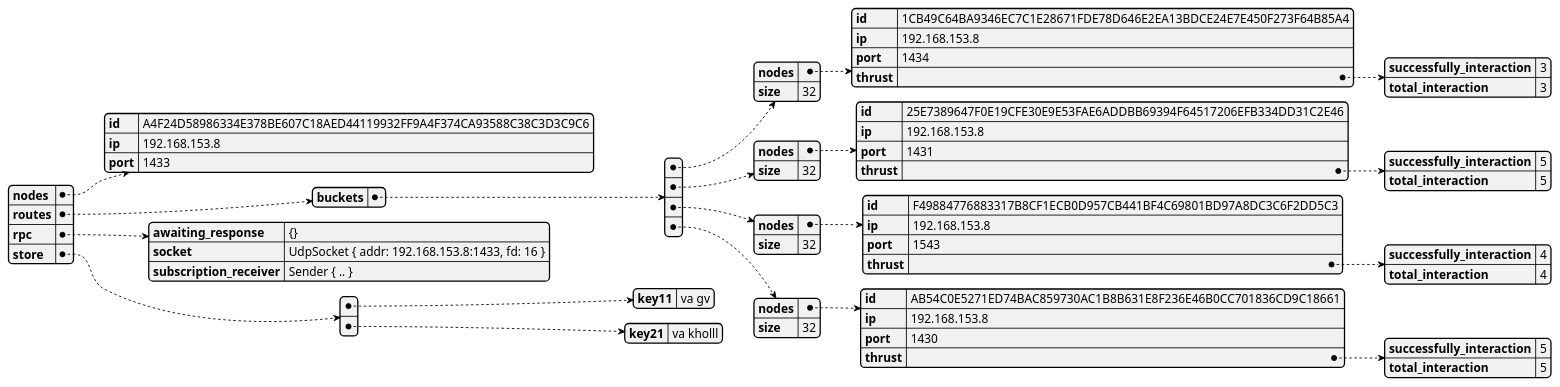
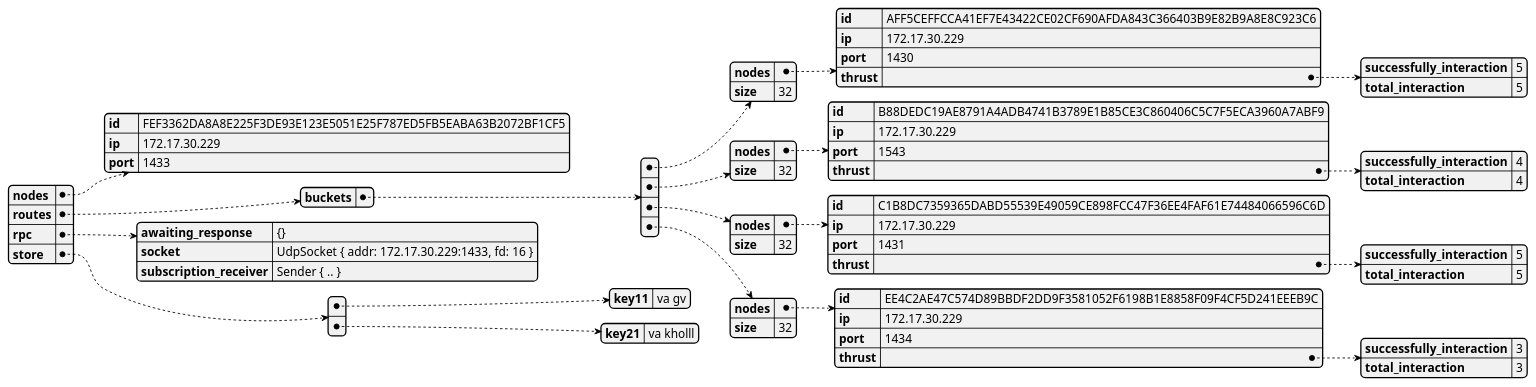
One commit to GoliathHagar/distributed_legder_kademlia changed the diagram in src/distributed_legder/state_dumps/test-contact-3.json.plantuml. Above: the diagram before and after it, drawn with PlantUML. The commit also changed 17 other files, not shown here.

```diff
--- a/src/distributed_legder/state_dumps/test-contact-3.json.plantuml
+++ b/src/distributed_legder/state_dumps/test-contact-3.json.plantuml
@@ -1,3 +1,3 @@
 @startjson
-{"nodes":{"id":"A4F24D58986334E378BE607C18AED44119932FF9A4F374CA93588C38C3D3C9C6","ip":"192.168.153.8","port":1433},"routes":{"buckets":[{"nodes":{"id":"1CB49C64BA9346EC7C1E28671FDE78D646E2EA13BDCE24E7E450F273F64B85A4","ip":"192.168.153.8","port":1434,"thrust":{"successfully_interaction":3,"total_interaction":3}},"size":32},{"nodes":{"id":"25E7389647F0E19CFE30E9E53FAE6ADDBB69394F64517206EFB334DD31C2E46","ip":"192.168.153.8","port":1431,"thrust":{"successfully_interaction":5,"total_interaction":5}},"size":32},{"nodes":{"id":"F49884776883317B8CF1ECB0D957CB441BF4C69801BD97A8DC3C6F2DD5C3","ip":"192.168.153.8","port":1543,"thrust":{"successfully_interaction":4,"total_interaction":4}},"size":32},{"nodes":{"id":"AB54C0E5271ED74BAC859730AC1B8B631E8F236E46B0CC701836CD9C18661","ip":"192.168.153.8","port":1430,"thrust":{"successfully_interaction":5,"total_interaction":5}},"size":32}]},"rpc":{"awaiting_response":"{}","socket":"UdpSocket { addr: 192.168.153.8:1433, fd: 16 }","subscription_receiver":"Sender { .. }"},"store":[{"key11":"va gv"},{"key21":"va kholll"}]}
+{"nodes":{"id":"FEF3362DA8A8E225F3DE93E123E5051E25F787ED5FB5EABA63B2072BF1CF5","ip":"172.17.30.229","port":1433},"routes":{"buckets":[{"nodes":{"id":"AFF5CEFFCCA41EF7E43422CE02CF690AFDA843C366403B9E82B9A8E8C923C6","ip":"172.17.30.229","port":1430,"thrust":{"successfully_interaction":5,"total_interaction":5}},"size":32},{"nodes":{"id":"B88DEDC19AE8791A4ADB4741B3789E1B85CE3C860406C5C7F5ECA3960A7ABF9","ip":"172.17.30.229","port":1543,"thrust":{"successfully_interaction":4,"total_interaction":4}},"size":32},{"nodes":{"id":"C1B8DC7359365DABD55539E49059CE898FCC47F36EE4FAF61E74484066596C6D","ip":"172.17.30.229","port":1431,"thrust":{"successfully_interaction":5,"total_interaction":5}},"size":32},{"nodes":{"id":"EE4C2AE47C574D89BBDF2DD9F3581052F6198B1E8858F09F4CF5D241EEEB9C","ip":"172.17.30.229","port":1434,"thrust":{"successfully_interaction":3,"total_interaction":3}},"size":32}]},"rpc":{"awaiting_response":"{}","socket":"UdpSocket { addr: 172.17.30.229:1433, fd: 16 }","subscription_receiver":"Sender { .. }"},"store":[{"key11":"va gv"},{"key21":"va kholll"}]}
 @endjson
```
